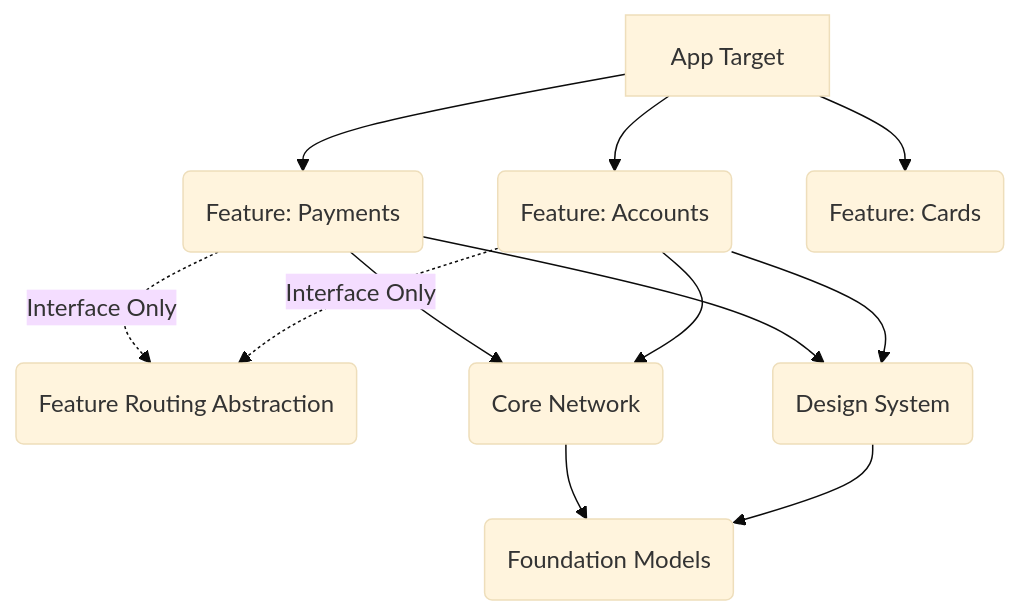
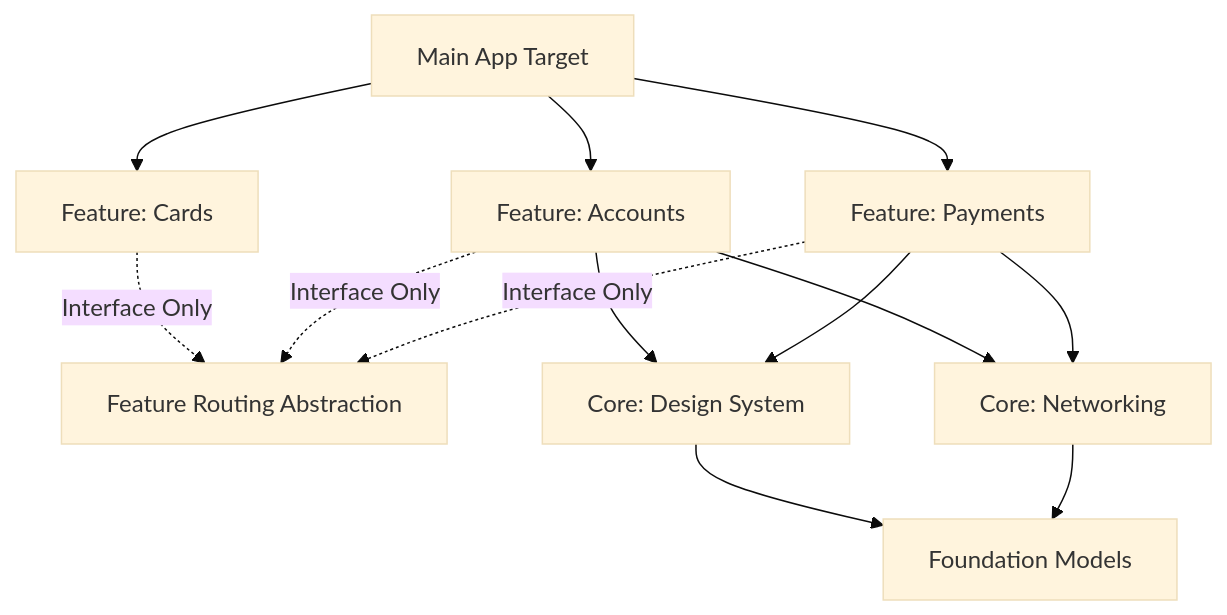
Before and after one commit to vineetsansare/iOSInterviewQnA: the eighth of 10 diagrams in iOS_Tech_Lead_Prep_Master_Guide.md, drawn with Mermaid (base theme). The commit also changed other lines of this file and 1 other file, not shown here.

Commit message:
fix: sanitize organization references and fix all Mermaid diagram syntax errors

````diff
--- a/iOS_Tech_Lead_Prep_Master_Guide.md
+++ b/iOS_Tech_Lead_Prep_Master_Guide.md
@@ -315,14 +320,15 @@
 ```mermaid
-graph TD
-    App[App Target] --> FP(Feature: Payments)
-    App --> FA(Feature: Accounts)
-    App --> FC(Feature: Cards)
-    FP -.->|Interface Only| Routing(Feature Routing Abstraction)
-    FA -.->|Interface Only| Routing
-    FP --> CN(Core Network)
-    FP --> DS(Design System)
+flowchart TD
+    App["Main App Target"] --> FP["Feature: Payments"]
+    App --> FA["Feature: Accounts"]
+    App --> FC["Feature: Cards"]
+    FP -.->|"Interface Only"| Routing["Feature Routing Abstraction"]
+    FA -.->|"Interface Only"| Routing
+    FC -.->|"Interface Only"| Routing
+    FP --> CN["Core: Networking"]
+    FP --> DS["Core: Design System"]
     FA --> CN
     FA --> DS
-    CN --> FM(Foundation Models)
+    CN --> FM["Foundation Models"]
     DS --> FM
 ```
````
